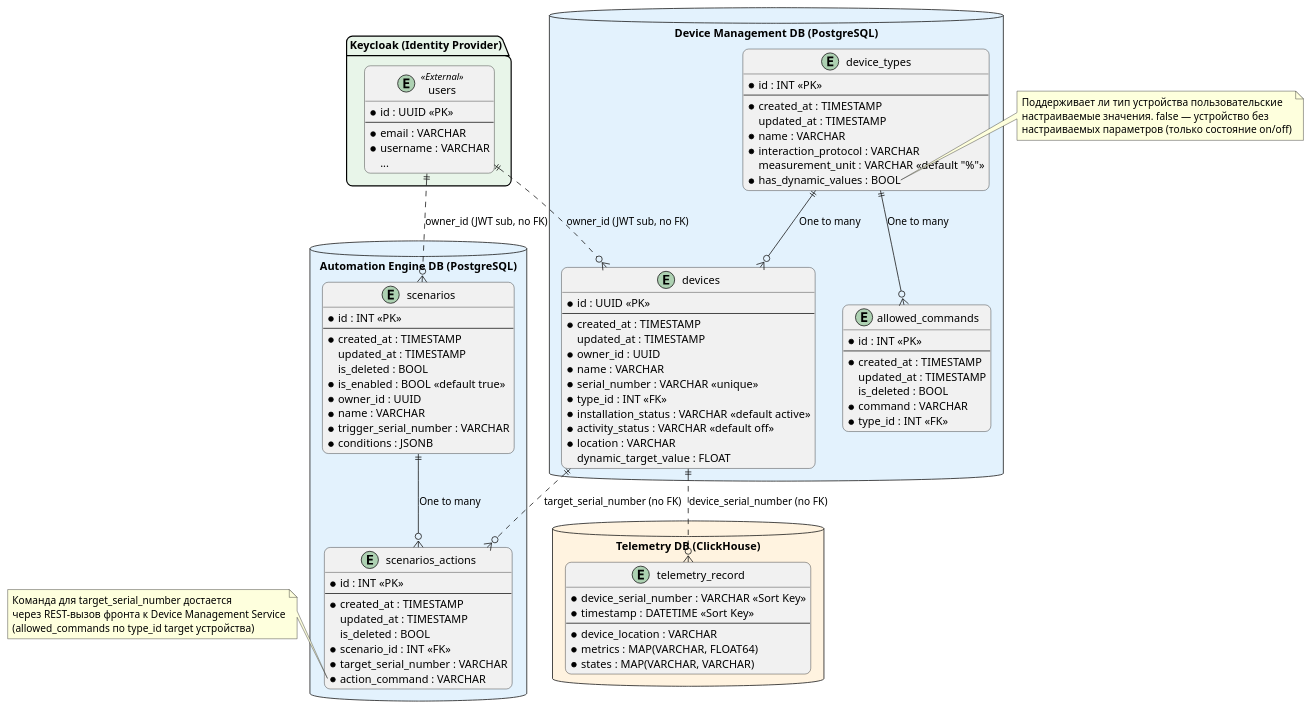
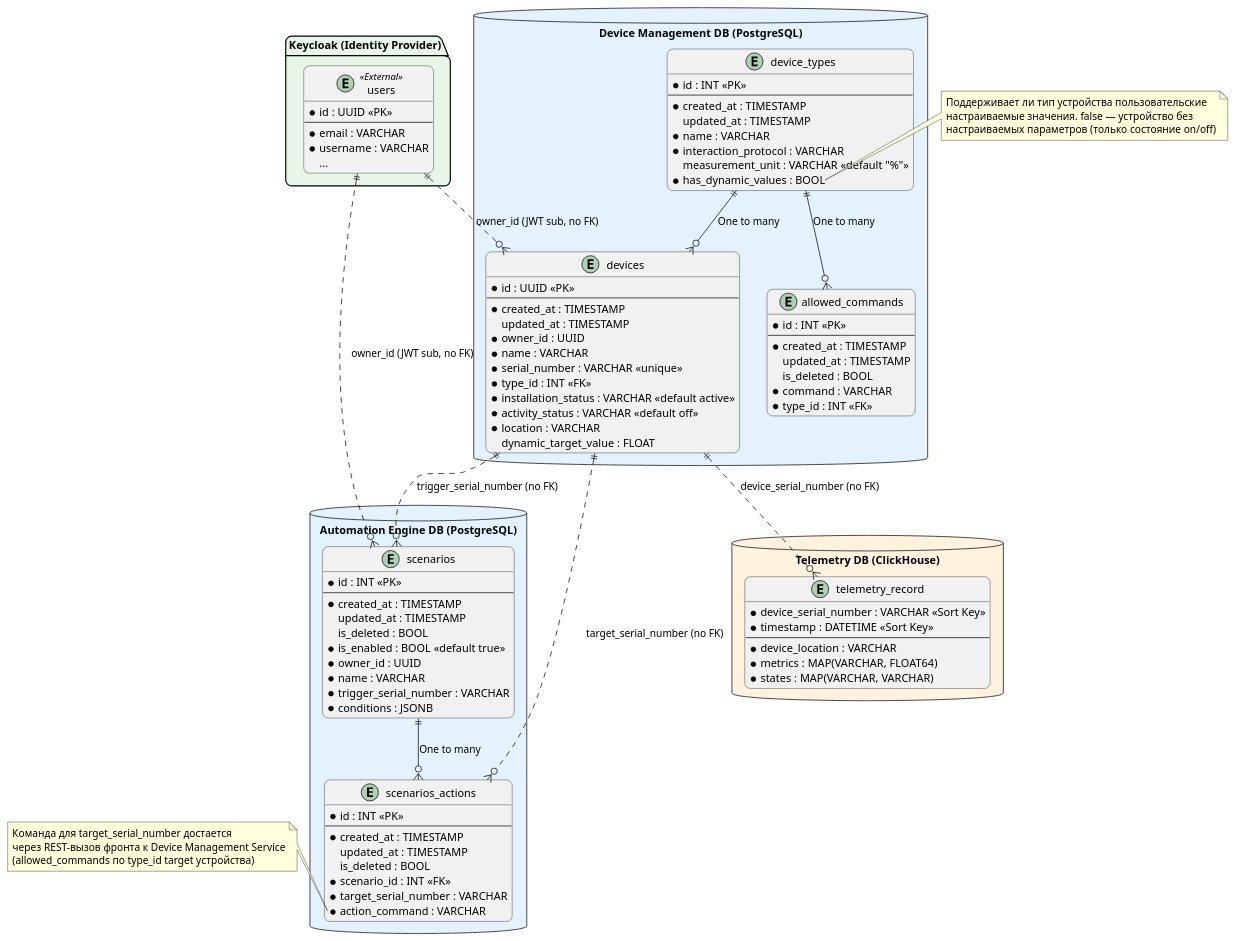
The diagram in schemas/task_3/ER.puml (Nikilandgelo/architecture-pro-warmhouse), drawn with PlantUML before and after one commit.

Commit message:
feat: add forgotten not clear relationship

```diff
--- a/schemas/task_3/ER.puml
+++ b/schemas/task_3/ER.puml
@@ -1,120 +1,121 @@
 @startuml
 skinparam roundcorner 15
 
 package "Keycloak (Identity Provider)" #E8F5E9 {
     entity "users" as users <<External>> {
         * id : UUID <<PK>>
         --
         * email : VARCHAR
         * username : VARCHAR
         ...
     }
 }
 
 
 database "Device Management DB (PostgreSQL)" #E3F2FD {
 
     entity "allowed_commands" as allowed_commands {
       * id : INT <<PK>>
       --
       * created_at : TIMESTAMP
       updated_at : TIMESTAMP
       is_deleted : BOOL
       * command : VARCHAR
       * type_id : INT <<FK>>
     }
 
     entity "device_types" as device_types {
       * id : INT <<PK>>
       --
       * created_at : TIMESTAMP
       updated_at : TIMESTAMP
       * name : VARCHAR
       * interaction_protocol : VARCHAR
       measurement_unit : VARCHAR <<default "%">>
       * has_dynamic_values : BOOL
     }
 
     entity "devices" as devices {
       * id : UUID <<PK>>
       --
       * created_at : TIMESTAMP
       updated_at : TIMESTAMP
       * owner_id : UUID
       * name : VARCHAR
       * serial_number : VARCHAR <<unique>>
       * type_id : INT <<FK>>
       * installation_status : VARCHAR <<default active>>
       * activity_status : VARCHAR <<default off>>
       * location : VARCHAR
       dynamic_target_value : FLOAT
     }
 }
 
 
 database "Automation Engine DB (PostgreSQL)" #E3F2FD {
 
     entity "scenarios" as scenarios {
           * id : INT <<PK>>
           --
           * created_at : TIMESTAMP
           updated_at : TIMESTAMP
           is_deleted : BOOL
           * is_enabled : BOOL <<default true>>
           * owner_id : UUID
           * name : VARCHAR
           * trigger_serial_number : VARCHAR
           * conditions : JSONB
         }
 
     entity "scenarios_actions" as scenarios_actions {
         * id : INT <<PK>>
         --
         * created_at : TIMESTAMP
         updated_at : TIMESTAMP
         is_deleted : BOOL
         * scenario_id : INT <<FK>>
         * target_serial_number : VARCHAR
         * action_command : VARCHAR
     }
 }
 
 
 database "Telemetry DB (ClickHouse)" #FFF3E0 {
 
     entity "telemetry_record" as telemetry_record {
         * device_serial_number : VARCHAR <<Sort Key>>
         * timestamp : DATETIME <<Sort Key>>
         --
         * device_location : VARCHAR
         * metrics : MAP(VARCHAR, FLOAT64)
         * states : MAP(VARCHAR, VARCHAR)
     }
 }
 
 
 device_types ||--o{ devices : "One to many"
 device_types ||--o{ allowed_commands : "One to many"
 scenarios ||--o{ scenarios_actions : "One to many"
 
 users ||..o{ devices : "owner_id (JWT sub, no FK)"
 users ||..o{ scenarios : "owner_id (JWT sub, no FK)"
 
 devices ||..o{ telemetry_record : "device_serial_number (no FK)"
 devices ||..o{ scenarios_actions : "target_serial_number (no FK)"
+devices ||..o{ scenarios : "trigger_serial_number (no FK)"
 
 
 note left of scenarios_actions::action_command
     Команда для target_serial_number достается
     через REST-вызов фронта к Device Management Service
     (allowed_commands по type_id target устройства)
 end note
 
 
 note right of device_types::has_dynamic_values
   Поддерживает ли тип устройства пользовательские
   настраиваемые значения. false — устройство без
   настраиваемых параметров (только состояние on/off)
 end note
 
 @enduml
```
